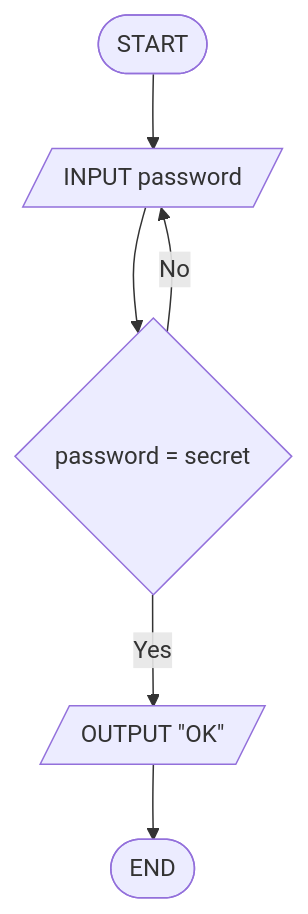
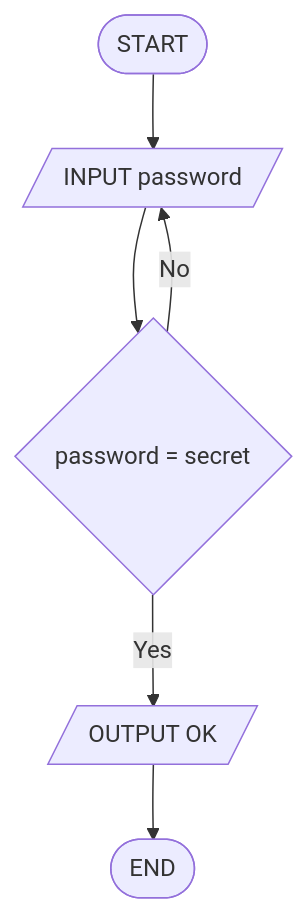
The second of 5 diagrams in docs/seances/03/exercices_seance_03.md (ISIBrussels/methodo-algo), drawn with Mermaid before and after one commit. The commit also changed 1 other file, not shown here.

Commit message:
fix(docs): S3 corrigés 3.B/3.C/3.E — layout TB lisible
REPEAT Yes→OUTPUT→END empilé sous le losange (plus de superposition) ;
END relié ; IF imbriqué replacé sous son prédécesseur pour un START en haut.

````diff
--- a/docs/seances/03/exercices_seance_03.md
+++ b/docs/seances/03/exercices_seance_03.md
@@ -109,8 +109,8 @@
 ```mermaid
 flowchart TB
   A([START]) --> B[/INPUT password/]
   B --> C{password = secret}
   C -->|No| B
-  C -->|Yes| D[/OUTPUT "OK"/]
+  C -->|Yes| D[/OUTPUT OK/]
   D --> E([END])
 ```
````
